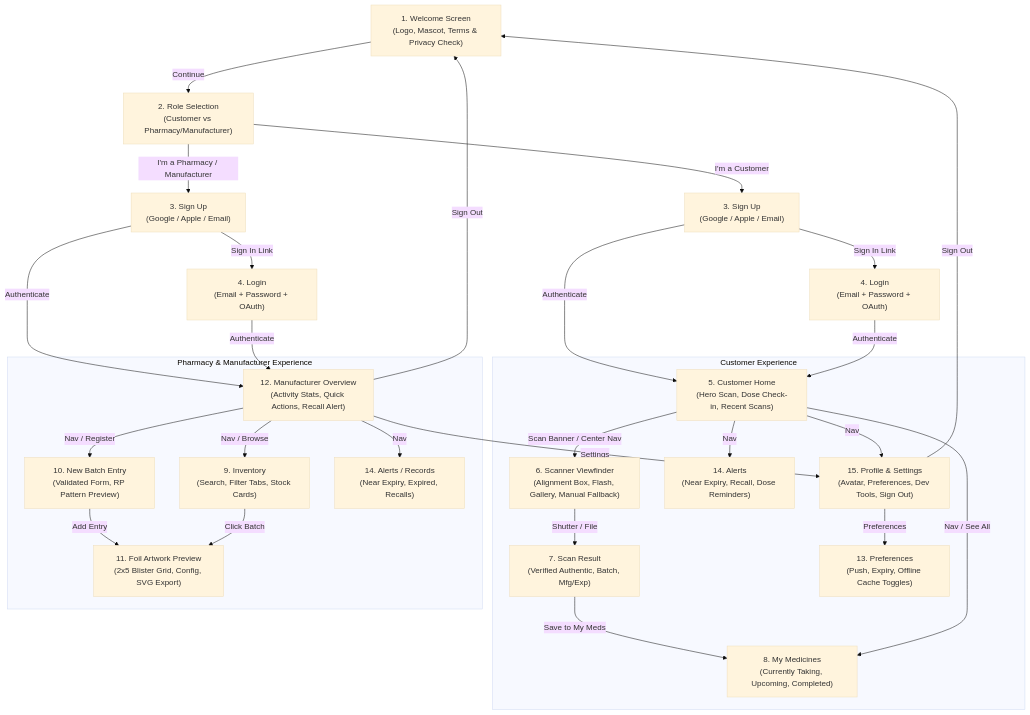
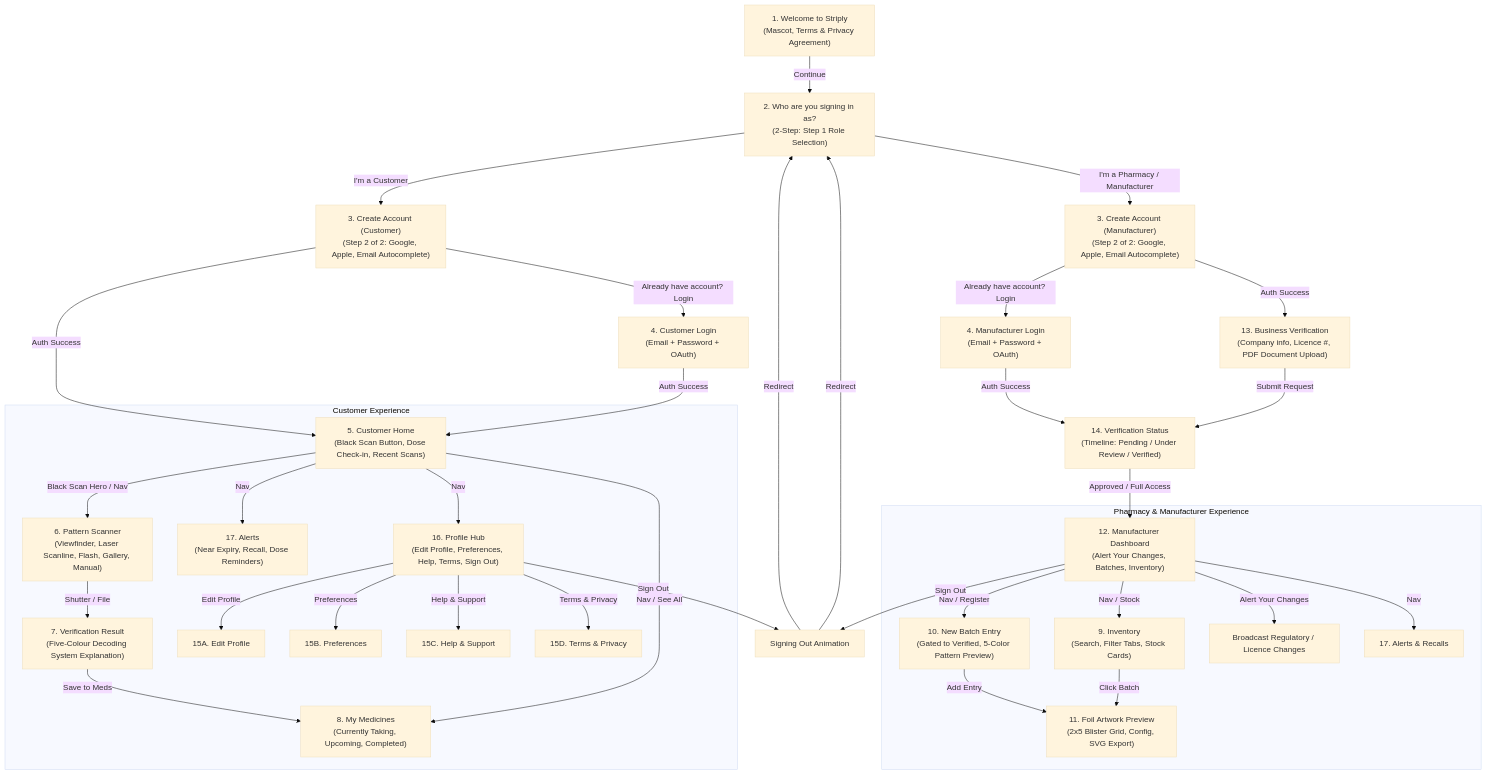
Before and after one commit to hargun1212k/Striply-MediScan: the diagram in FLOW.md, drawn with Mermaid (base theme). The commit also changed other lines of this file and 11 other files, not shown here.

Commit message:
feat: implement app improvements, 5-colour verification system, auth fixes, and remove phone frame

````diff
--- a/FLOW.md
+++ b/FLOW.md
@@ -7,38 +7,43 @@
 ```mermaid
 graph TD
-  Welcome["1. Welcome Screen<br/>(Logo, Mascot, Terms & Privacy Check)"] -->|Continue| Role["2. Role Selection<br/>(Customer vs Pharmacy/Manufacturer)"]
+  Welcome["1. Welcome to Striply<br/>(Mascot, Terms & Privacy Agreement)"] -->|Continue| Role["2. Who are you signing in as?<br/>(2-Step: Step 1 Role Selection)"]
 
-  Role -->|I'm a Customer| SignupCust["3. Sign Up<br/>(Google / Apple / Email)"]
-  Role -->|I'm a Pharmacy / Manufacturer| SignupPharma["3. Sign Up<br/>(Google / Apple / Email)"]
+  Role -->|I'm a Customer| CustSignup["3. Create Account (Customer)<br/>(Step 2 of 2: Google, Apple, Email Autocomplete)"]
+  Role -->|I'm a Pharmacy / Manufacturer| PharmaSignup["3. Create Account (Manufacturer)<br/>(Step 2 of 2: Google, Apple, Email Autocomplete)"]
 
-  SignupCust -->|Sign In Link| LoginCust["4. Login<br/>(Email + Password + OAuth)"]
-  SignupPharma -->|Sign In Link| LoginPharma["4. Login<br/>(Email + Password + OAuth)"]
+  CustSignup -->|Already have account? Login| CustLogin["4. Customer Login<br/>(Email + Password + OAuth)"]
+  PharmaSignup -->|Already have account? Login| PharmaLogin["4. Manufacturer Login<br/>(Email + Password + OAuth)"]
 
-  SignupCust -->|Authenticate| CustHome["5. Customer Home<br/>(Hero Scan, Dose Check-in, Recent Scans)"]
-  LoginCust -->|Authenticate| CustHome
+  CustSignup -->|Auth Success| CustHome["5. Customer Home<br/>(Black Scan Button, Dose Check-in, Recent Scans)"]
+  CustLogin -->|Auth Success| CustHome
 
-  SignupPharma -->|Authenticate| PharmaOrg["12. Manufacturer Overview<br/>(Activity Stats, Quick Actions, Recall Alert)"]
-  LoginPharma -->|Authenticate| PharmaOrg
+  PharmaSignup -->|Auth Success| BizVerify["13. Business Verification<br/>(Company info, Licence #, PDF Document Upload)"]
+  PharmaLogin -->|Auth Success| VerifyStatus["14. Verification Status<br/>(Timeline: Pending / Under Review / Verified)"]
+  BizVerify -->|Submit Request| VerifyStatus
+  VerifyStatus -->|Approved / Full Access| PharmaOrg["12. Manufacturer Dashboard<br/>(Alert Your Changes, Batches, Inventory)"]
 
   subgraph CustomerExperience["Customer Experience"]
-    CustHome -->|Scan Banner / Center Nav| Scanner["6. Scanner Viewfinder<br/>(Alignment Box, Flash, Gallery, Manual Fallback)"]
-    Scanner -->|Shutter / File| ResultScreen["7. Scan Result<br/>(Verified Authentic, Batch, Mfg/Exp)"]
-    ResultScreen -->|Save to My Meds| MedsScreen["8. My Medicines<br/>(Currently Taking, Upcoming, Completed)"]
+    CustHome -->|Black Scan Hero / Nav| Scanner["6. Pattern Scanner<br/>(Viewfinder, Laser Scanline, Flash, Gallery, Manual)"]
+    Scanner -->|Shutter / File| ResultScreen["7. Verification Result<br/>(Five-Colour Decoding System Explanation)"]
+    ResultScreen -->|Save to Meds| MedsScreen["8. My Medicines<br/>(Currently Taking, Upcoming, Completed)"]
     CustHome -->|Nav / See All| MedsScreen
-    CustHome -->|Nav| CustAlerts["14. Alerts<br/>(Near Expiry, Recall, Dose Reminders)"]
-    CustHome -->|Nav| CustProfile["15. Profile & Settings<br/>(Avatar, Preferences, Dev Tools, Sign Out)"]
-    CustProfile -->|Preferences| PrefsScreen["13. Preferences<br/>(Push, Expiry, Offline Cache Toggles)"]
+    CustHome -->|Nav| CustAlerts["17. Alerts<br/>(Near Expiry, Recall, Dose Reminders)"]
+    CustHome -->|Nav| CustProfile["16. Profile Hub<br/>(Edit Profile, Preferences, Help, Terms, Sign Out)"]
+    CustProfile -->|Edit Profile| EditProf["15A. Edit Profile"]
+    CustProfile -->|Preferences| Prefs["15B. Preferences"]
+    CustProfile -->|Help & Support| HelpSupp["15C. Help & Support"]
+    CustProfile -->|Terms & Privacy| TermsPriv["15D. Terms & Privacy"]
   end
 
   subgraph PharmacyExperience["Pharmacy & Manufacturer Experience"]
-    PharmaOrg -->|Nav / Browse| InventoryScreen["9. Inventory<br/>(Search, Filter Tabs, Stock Cards)"]
-    PharmaOrg -->|Nav / Register| NewBatchScreen["10. New Batch Entry<br/>(Validated Form, RP Pattern Preview)"]
+    PharmaOrg -->|Nav / Stock| InventoryScreen["9. Inventory<br/>(Search, Filter Tabs, Stock Cards)"]
+    PharmaOrg -->|Nav / Register| NewBatchScreen["10. New Batch Entry<br/>(Gated to Verified, 5-Color Pattern Preview)"]
     NewBatchScreen -->|Add Entry| FoilScreen["11. Foil Artwork Preview<br/>(2x5 Blister Grid, Config, SVG Export)"]
     InventoryScreen -->|Click Batch| FoilScreen
-    PharmaOrg -->|Nav| PharmaAlerts["14. Alerts / Records<br/>(Near Expiry, Expired, Recalls)"]
-    PharmaOrg -->|Settings| CustProfile
+    PharmaOrg -->|Alert Your Changes| AlertModal["Broadcast Regulatory / Licence Changes"]
+    PharmaOrg -->|Nav| PharmaAlerts["17. Alerts & Recalls"]
   end
 
-  CustProfile -->|Sign Out| Welcome
-  PharmaOrg -->|Sign Out| Welcome
+  CustProfile -->|Sign Out| SignOutLoading["Signing Out Animation"] -->|Redirect| Role
+  PharmaOrg -->|Sign Out| SignOutLoading -->|Redirect| Role
 ```
````
